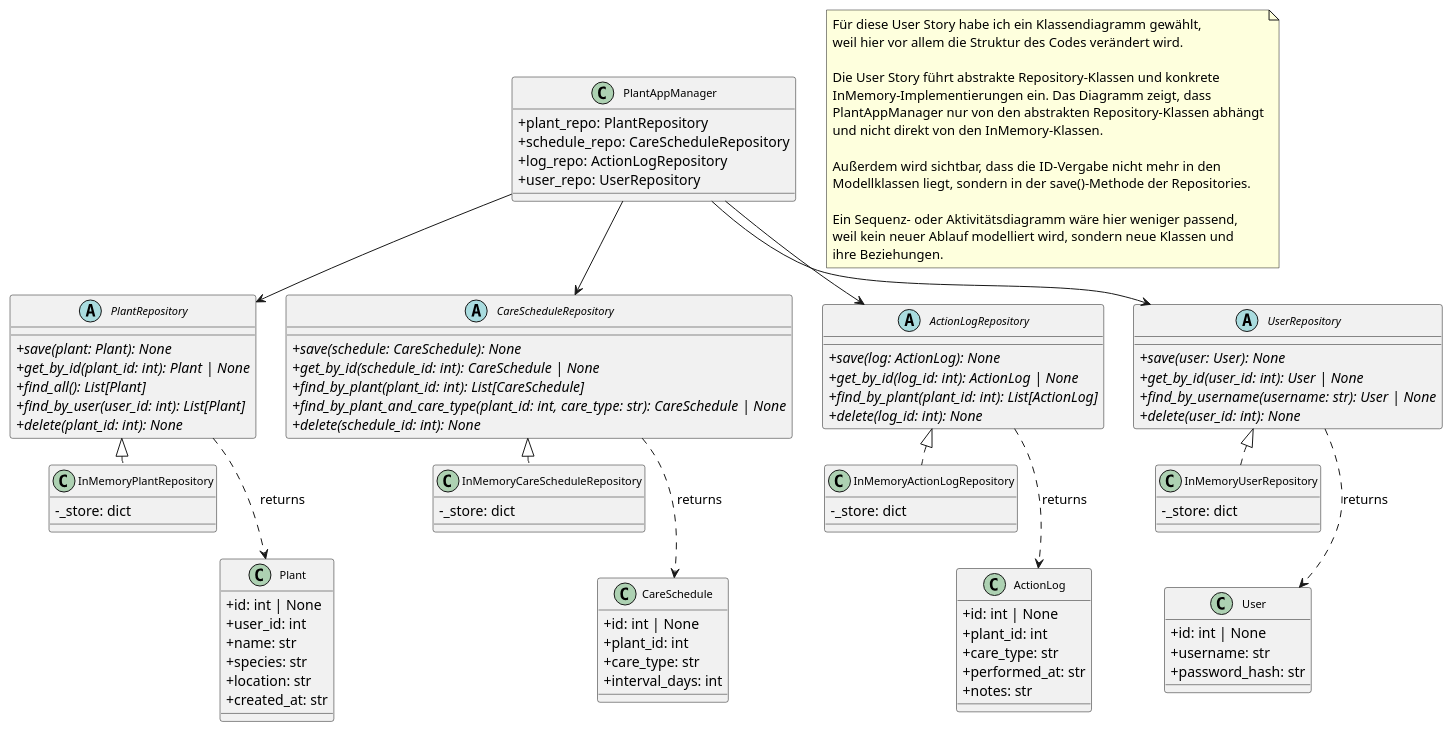
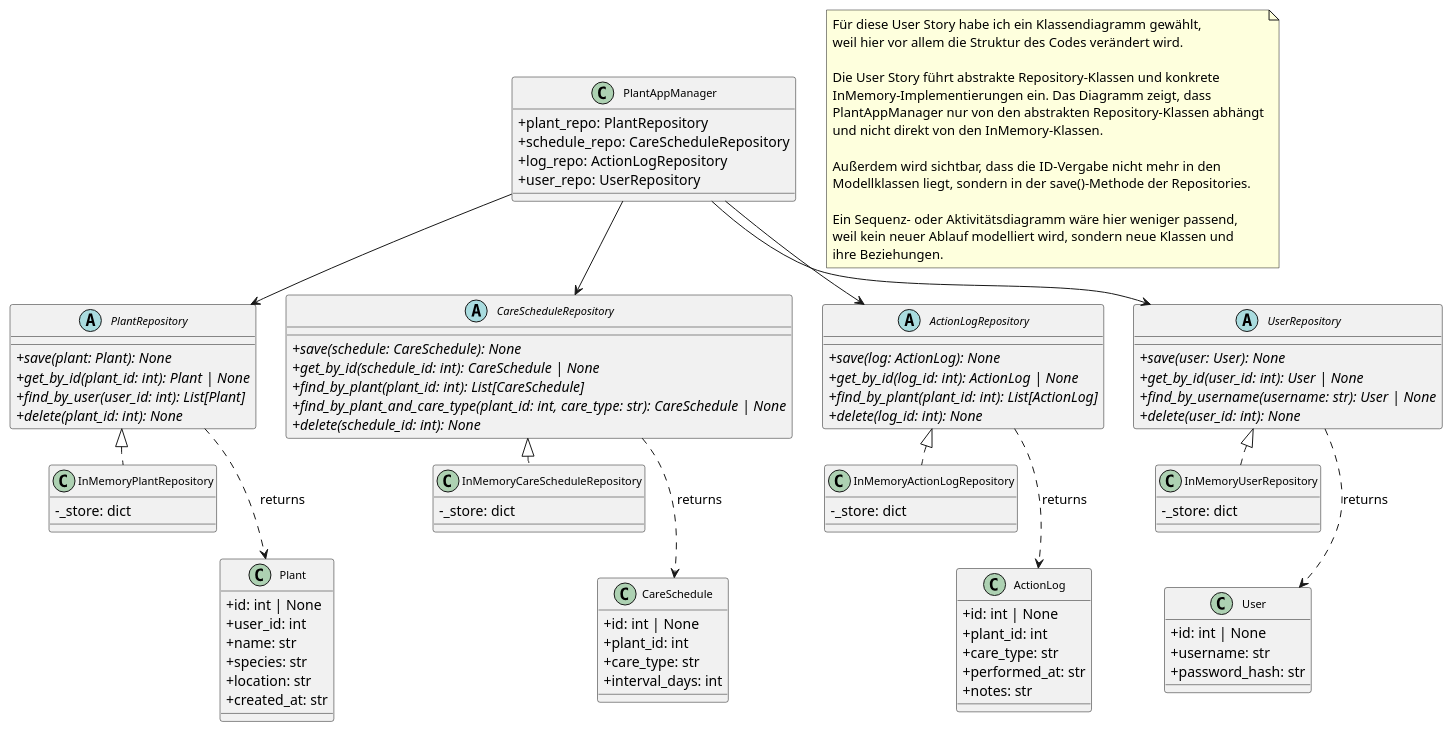
One commit to Annika-Ostendorp/pflanzenkalender-teil-2 changed the diagram in diagrams/us4_repository_pattern.puml. Above: the diagram before and after it, drawn with PlantUML. The commit also changed 1 other file, not shown here.

Commit message:
Remove find_all from diagram and add TODO for find_by_user migration

```diff
--- a/diagrams/us4_repository_pattern.puml
+++ b/diagrams/us4_repository_pattern.puml
@@ -1,156 +1,155 @@
 @startuml repository-pattern
 skinparam classAttributeIconSize 0
 skinparam classFontSize 11
 skinparam nodesep 30
 skinparam ranksep 25
 top to bottom direction
 
 
 class PlantAppManager {
   +plant_repo: PlantRepository
   +schedule_repo: CareScheduleRepository
   +log_repo: ActionLogRepository
   +user_repo: UserRepository
 }
 
 
 abstract class PlantRepository {
   {abstract} +save(plant: Plant): None
   {abstract} +get_by_id(plant_id: int): Plant | None
-  {abstract} +find_all(): List[Plant]
   {abstract} +find_by_user(user_id: int): List[Plant]
   {abstract} +delete(plant_id: int): None
 }
 
 
 abstract class CareScheduleRepository {
   {abstract} +save(schedule: CareSchedule): None
   {abstract} +get_by_id(schedule_id: int): CareSchedule | None
   {abstract} +find_by_plant(plant_id: int): List[CareSchedule]
   {abstract} +find_by_plant_and_care_type(plant_id: int, care_type: str): CareSchedule | None
   {abstract} +delete(schedule_id: int): None
 }
 
 
 abstract class ActionLogRepository {
   {abstract} +save(log: ActionLog): None
   {abstract} +get_by_id(log_id: int): ActionLog | None
   {abstract} +find_by_plant(plant_id: int): List[ActionLog]
   {abstract} +delete(log_id: int): None
 }
 
 abstract class UserRepository {
   {abstract} +save(user: User): None
   {abstract} +get_by_id(user_id: int): User | None
   {abstract} +find_by_username(username: str): User | None
   {abstract} +delete(user_id: int): None
 }
 
 class InMemoryPlantRepository {
   -_store: dict
 }
 
 
 class InMemoryCareScheduleRepository {
   -_store: dict
 }
 
 
 class InMemoryActionLogRepository {
   -_store: dict
 }
 
 class InMemoryUserRepository {
   -_store: dict
 }
 
 
 class Plant {
   +id: int | None
   +user_id: int
   +name: str
   +species: str
   +location: str
   +created_at: str
 }
 
 class CareSchedule {
   +id: int | None
   +plant_id: int
   +care_type: str
   +interval_days: int
 }
 
 
 class ActionLog {
   +id: int | None
   +plant_id: int
   +care_type: str
   +performed_at: str
   +notes: str
 }
 
 class User {
   +id: int | None
   +username: str
   +password_hash: str
 }
 
 
 ' ── Dependency Inversion: Manager → abstract interfaces ──
 PlantAppManager --> PlantRepository
 PlantAppManager --> CareScheduleRepository
 PlantAppManager --> ActionLogRepository
 PlantAppManager --> UserRepository
 
 
 ' ── Implementations ─────────────────────────────────────
 PlantRepository <|.. InMemoryPlantRepository
 CareScheduleRepository <|.. InMemoryCareScheduleRepository
 ActionLogRepository <|.. InMemoryActionLogRepository
 UserRepository <|.. InMemoryUserRepository
 
 
 ' ── Repository returns domain models ─────────────────────
 PlantRepository ..> Plant : returns
 CareScheduleRepository ..> CareSchedule : returns
 ActionLogRepository ..> ActionLog : returns
 UserRepository ..> User : returns
 
 ' ── Column layout (left → right) ─────────────────────────
 PlantRepository -[hidden]right- CareScheduleRepository
 CareScheduleRepository -[hidden]right- ActionLogRepository
 ActionLogRepository -[hidden]right- UserRepository
 InMemoryPlantRepository -[hidden]right- InMemoryCareScheduleRepository
 InMemoryCareScheduleRepository -[hidden]right- InMemoryActionLogRepository
 InMemoryActionLogRepository -[hidden]right- InMemoryUserRepository
 Plant -[hidden]right- CareSchedule
 CareSchedule -[hidden]right- ActionLog
 ActionLog -[hidden]right- User
 PlantRepository -[hidden]down- InMemoryPlantRepository
 InMemoryPlantRepository -[hidden]down- Plant
 CareScheduleRepository -[hidden]down- InMemoryCareScheduleRepository
 InMemoryCareScheduleRepository -[hidden]down- CareSchedule
 ActionLogRepository -[hidden]down- InMemoryActionLogRepository
 InMemoryActionLogRepository -[hidden]down- ActionLog
 UserRepository -[hidden]down- InMemoryUserRepository
 InMemoryUserRepository -[hidden]down- User
 
 note as N1
 Für diese User Story habe ich ein Klassendiagramm gewählt,
 weil hier vor allem die Struktur des Codes verändert wird.
 
 Die User Story führt abstrakte Repository-Klassen und konkrete
 InMemory-Implementierungen ein. Das Diagramm zeigt, dass
 PlantAppManager nur von den abstrakten Repository-Klassen abhängt
 und nicht direkt von den InMemory-Klassen.
 
 Außerdem wird sichtbar, dass die ID-Vergabe nicht mehr in den
 Modellklassen liegt, sondern in der save()-Methode der Repositories.
 
 Ein Sequenz- oder Aktivitätsdiagramm wäre hier weniger passend,
 weil kein neuer Ablauf modelliert wird, sondern neue Klassen und
 ihre Beziehungen.
 end note
 
 @enduml
```
